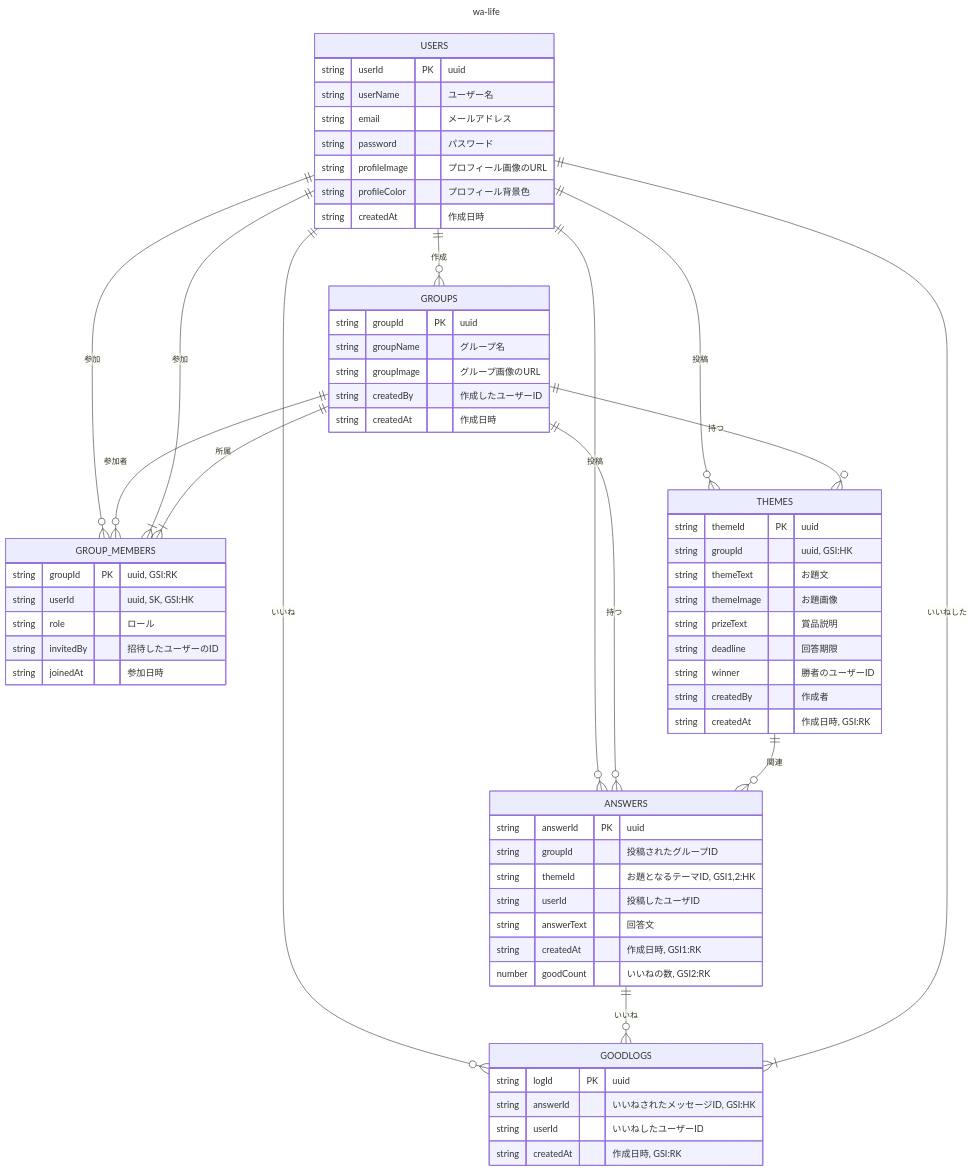
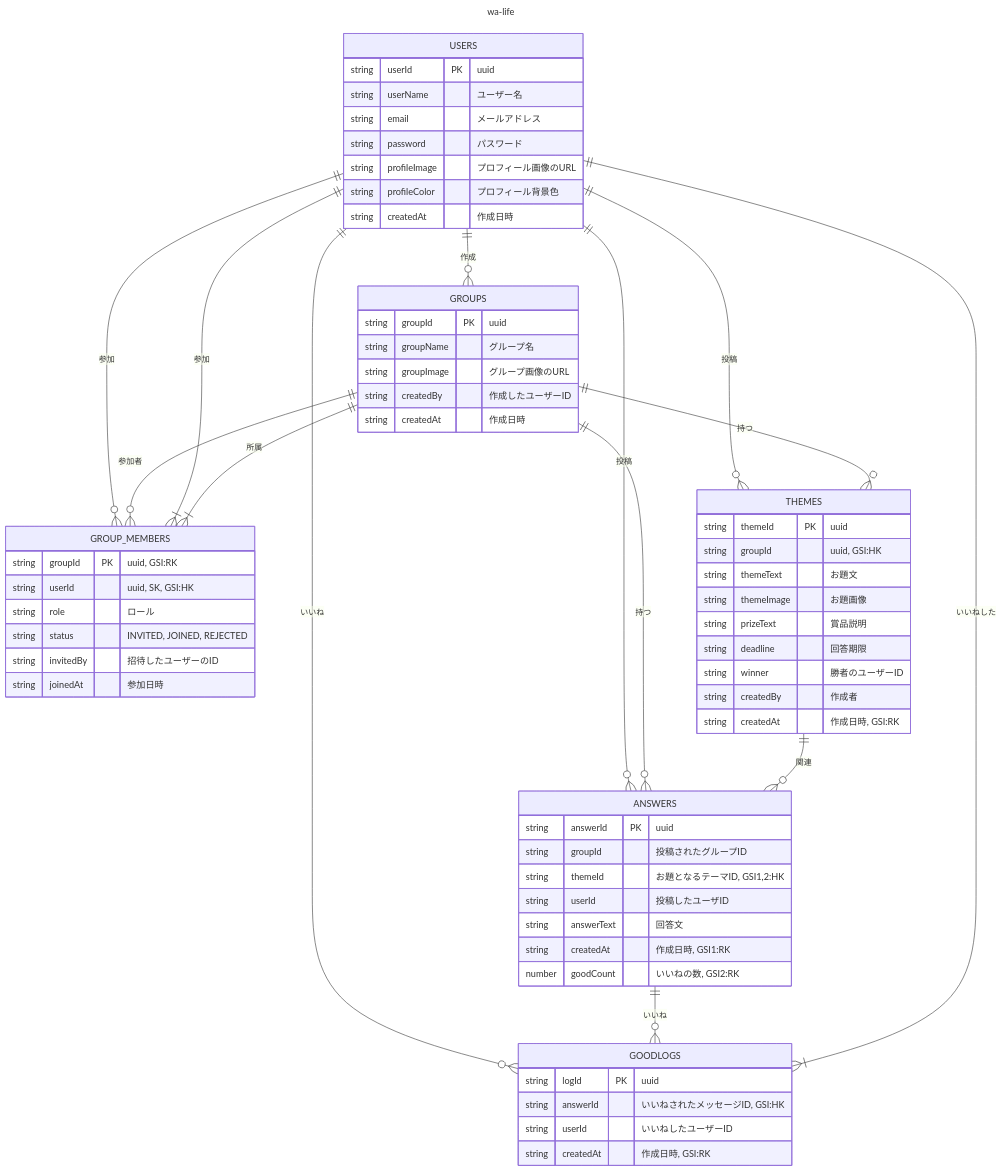
The diagram in server/erd.md (tatsurou9003/yumemi-pg-hackathon-team3), drawn with Mermaid before and after one commit. The commit also changed 1 other file, not shown here.

Commit message:
websocket以外のスキーマ定義

````diff
--- a/server/erd.md
+++ b/server/erd.md
@@ -5,80 +5,81 @@
 ```mermaid
 ---
 title: "wa-life"
 ---
 erDiagram
     USERS {
         string userId PK "uuid"
         string userName "ユーザー名"
         string email "メールアドレス"
         string password "パスワード"
         string profileImage "プロフィール画像のURL"
         string profileColor "プロフィール背景色"
         string createdAt "作成日時"
     }
 
     GROUPS {
         string groupId PK "uuid"
         string groupName "グループ名"
         string groupImage "グループ画像のURL"
         string createdBy "作成したユーザーID"
         string createdAt "作成日時"
     }
 
     GROUP_MEMBERS {
         string groupId PK "uuid, GSI:RK"
         string userId "uuid, SK, GSI:HK"
         string role "ロール"
+        string status "INVITED, JOINED, REJECTED"
         string invitedBy "招待したユーザーのID"
         string joinedAt "参加日時"
     }
 
     THEMES {
         string themeId PK "uuid"
         string groupId "uuid, GSI:HK"
         string themeText "お題文"
         string themeImage "お題画像"
         string prizeText "賞品説明"
         string deadline "回答期限"
         string winner "勝者のユーザーID"
         string createdBy "作成者"
         string createdAt "作成日時, GSI:RK"
     }
 
     ANSWERS {
         string answerId PK "uuid"
         string groupId "投稿されたグループID"
         string themeId "お題となるテーマID, GSI1,2:HK"
         string userId "投稿したユーザID"
         string answerText "回答文"
         string createdAt "作成日時, GSI1:RK"
         number goodCount "いいねの数, GSI2:RK"
     }
 
     GOODLOGS {
         string logId PK "uuid"
         string answerId "いいねされたメッセージID, GSI:HK"
         string userId "いいねしたユーザーID"
         string createdAt "作成日時, GSI:RK"
     }
 
     USERS ||--o{ GROUPS : "作成"
     USERS ||--o{ GROUP_MEMBERS : "参加"
     USERS ||--o{ THEMES : "投稿"
     USERS ||--o{ ANSWERS : "投稿"
     USERS ||--o{ GOODLOGS : "いいね"
 
     GROUPS ||--o{ THEMES : "持つ"
     GROUPS ||--o{ ANSWERS : "持つ"
     GROUPS ||--o{ GROUP_MEMBERS : "参加者"
 
     GROUP_MEMBERS }|--|| USERS : "参加"
     GROUP_MEMBERS }|--|| GROUPS : "所属"
 
     THEMES ||--o{ ANSWERS : "関連"
 
     ANSWERS ||--o{ GOODLOGS : "いいね"
 
     GOODLOGS }|--|| USERS : "いいねした"
 
 ```
````
